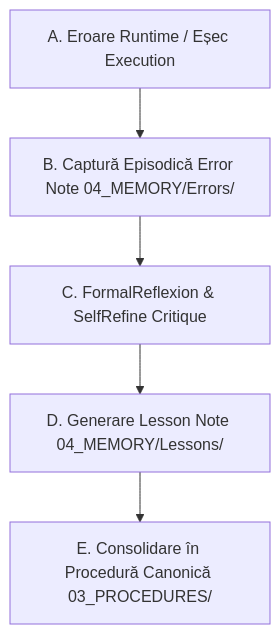
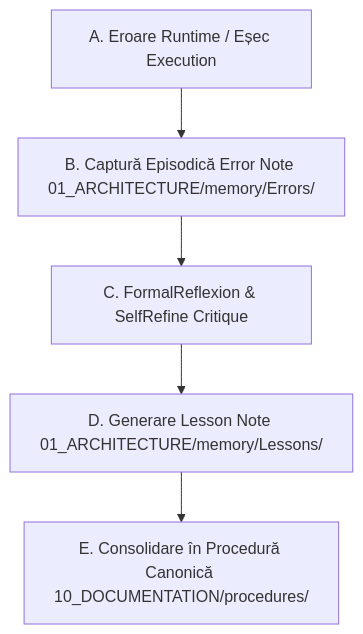
The diagram in 10_DOCUMENTATION/procedures/Closed_Loop_Reflexion_Pipeline.md (userist123/AI_Memory_Vault_CODEX_READY), drawn with Mermaid before and after one commit. The commit also changed other lines of this file and 84 other files, not shown here.

````diff
--- a/10_DOCUMENTATION/procedures/Closed_Loop_Reflexion_Pipeline.md
+++ b/10_DOCUMENTATION/procedures/Closed_Loop_Reflexion_Pipeline.md
@@ -27,7 +27,7 @@
 ```mermaid
 graph TD
-    Error[A. Eroare Runtime / Eșec Execution] --> Capture[B. Captură Episodică Error Note 04_MEMORY/Errors/]
+    Error[A. Eroare Runtime / Eșec Execution] --> Capture[B. Captură Episodică Error Note 01_ARCHITECTURE/memory/Errors/]
     Capture --> Reflexion[C. FormalReflexion & SelfRefine Critique]
-    Reflexion --> Lesson[D. Generare Lesson Note 04_MEMORY/Lessons/]
-    Lesson --> Consolidate[E. Consolidare în Procedură Canonică 03_PROCEDURES/]
+    Reflexion --> Lesson[D. Generare Lesson Note 01_ARCHITECTURE/memory/Lessons/]
+    Lesson --> Consolidate[E. Consolidare în Procedură Canonică 10_DOCUMENTATION/procedures/]
 ```
````
